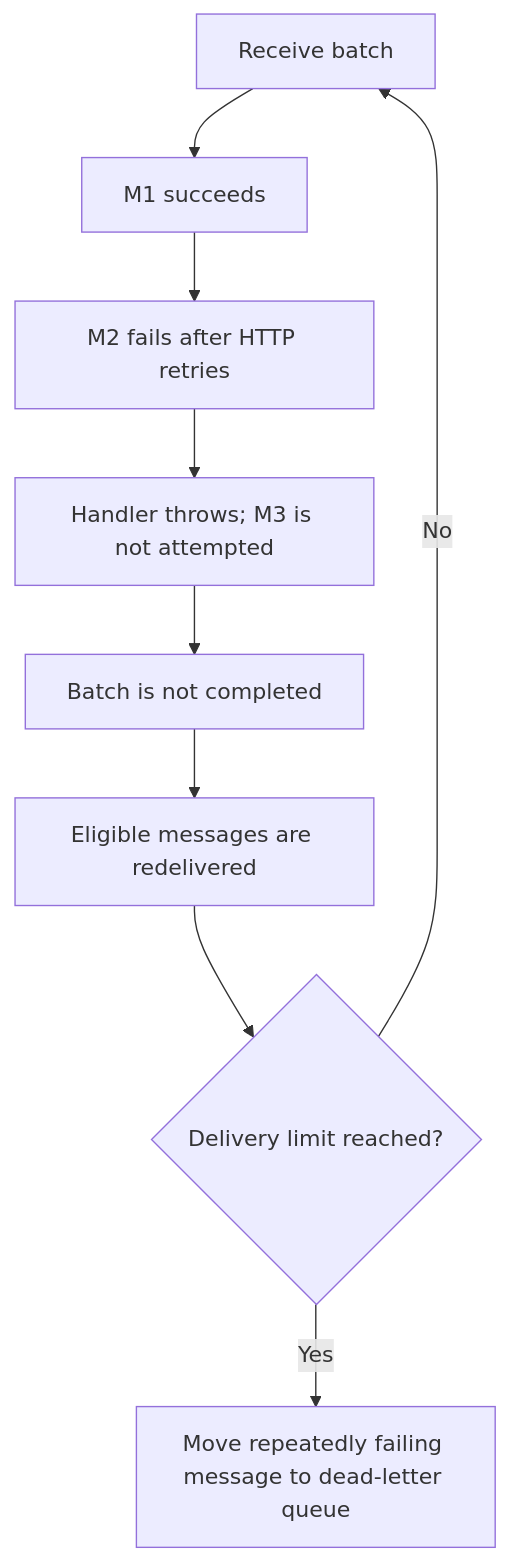
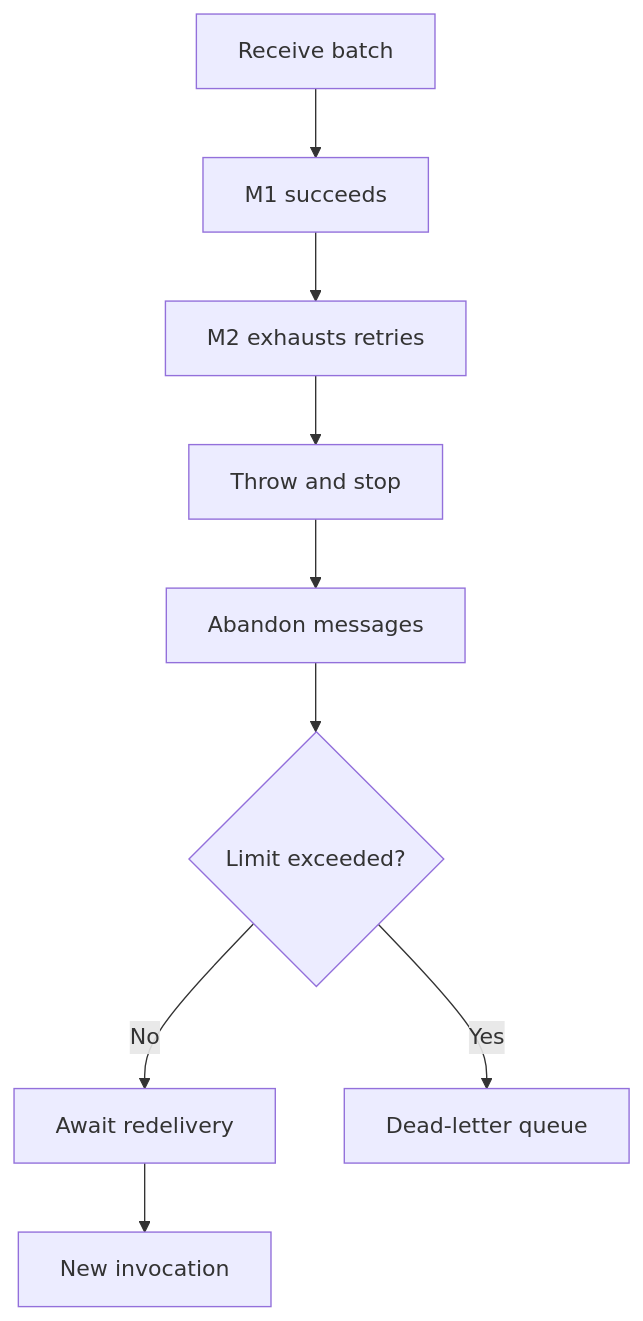
One commit to GhodratRezaei/ForwardBatterySetPoints changed the third of 4 diagrams in README.md. Above: the diagram before and after it, drawn with Mermaid. The commit also changed other lines of this file, not shown here.

````diff
--- a/README.md
+++ b/README.md
@@ -218,11 +176,11 @@
 ```mermaid
 flowchart TD
-    A[Receive batch] --> B[M1 succeeds]
-    B --> C[M2 fails after HTTP retries]
-    C --> D[Handler throws; M3 is not attempted]
-    D --> E[Batch is not completed]
-    E --> F[Eligible messages are redelivered]
-    F --> G{Delivery limit reached?}
-    G -->|No| A
-    G -->|Yes| H[Move repeatedly failing message to dead-letter queue]
+    Batch["Receive batch"] --> M1["M1 succeeds"]
+    M1 --> M2["M2 exhausts retries"]
+    M2 --> Stop["Throw and stop"]
+    Stop --> Abandon["Abandon messages"]
+    Abandon --> Limit{"Limit exceeded?"}
+    Limit -->|No| Ready["Await redelivery"]
+    Ready --> Next["New invocation"]
+    Limit -->|Yes| DLQ["Dead-letter queue"]
 ```
````
